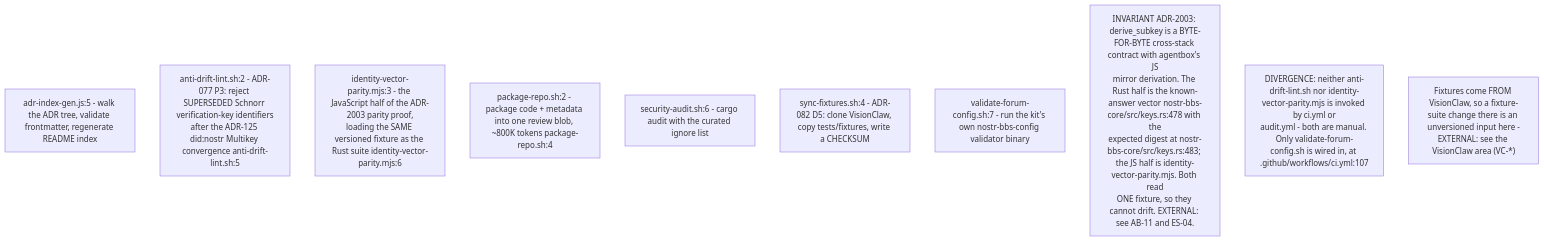
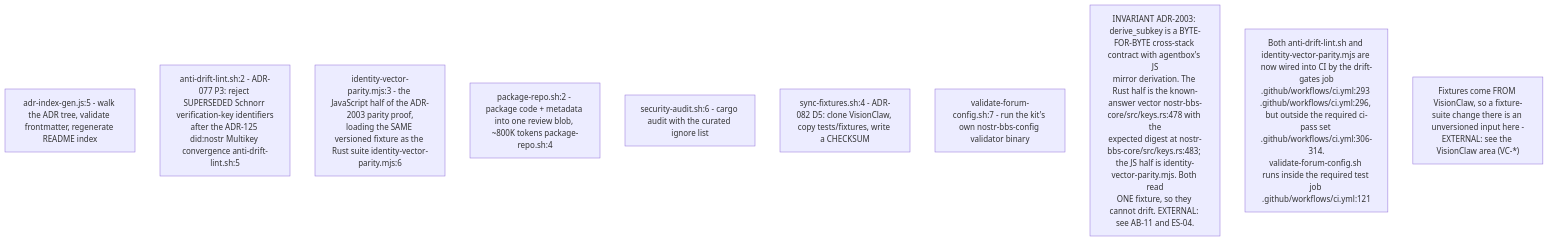
Before and after one commit to DreamLab-AI/VisionFlow: the third of 9 diagrams in docs/diagrams/nostr-rust-forum/09-ci-deploy-canary-and-validation.md, drawn with Mermaid. The commit also changed other lines of this file and 160 other files, not shown here.

````diff
--- a/docs/diagrams/nostr-rust-forum/09-ci-deploy-canary-and-validation.md
+++ b/docs/diagrams/nostr-rust-forum/09-ci-deploy-canary-and-validation.md
@@ -87,14 +98,14 @@
 ```mermaid
 flowchart TB
     ADR["adr-index-gen.js:5 - walk the ADR tree, validate frontmatter, regenerate README index"]
     DRIFT["anti-drift-lint.sh:2 - ADR-077 P3: reject SUPERSEDED Schnorr verification-key identifiers<br/>after the ADR-125 did:nostr Multikey convergence anti-drift-lint.sh:5"]
     PARITY["identity-vector-parity.mjs:3 - the JavaScript half of the ADR-2003 parity proof,<br/>loading the SAME versioned fixture as the Rust suite identity-vector-parity.mjs:6"]
     PKG["package-repo.sh:2 - package code + metadata into one review blob, ~800K tokens package-repo.sh:4"]
     SEC["security-audit.sh:6 - cargo audit with the curated ignore list"]
     SYNC["sync-fixtures.sh:4 - ADR-082 D5: clone VisionClaw, copy tests/fixtures, write a CHECKSUM"]
     VAL["validate-forum-config.sh:7 - run the kit's own nostr-bbs-config validator binary"]
 
     N1["INVARIANT ADR-2003: derive_subkey is a BYTE-FOR-BYTE cross-stack contract with agentbox's JS<br/>mirror derivation. The Rust half is the known-answer vector nostr-bbs-core/src/keys.rs:478 with the<br/>expected digest at nostr-bbs-core/src/keys.rs:483; the JS half is identity-vector-parity.mjs. Both read<br/>ONE fixture, so they cannot drift. EXTERNAL: see AB-11 and ES-04."]
-    N2["DIVERGENCE: neither anti-drift-lint.sh nor identity-vector-parity.mjs is invoked by ci.yml or<br/>audit.yml - both are manual. Only validate-forum-config.sh is wired in, at .github/workflows/ci.yml:107"]
+    N2["Both anti-drift-lint.sh and identity-vector-parity.mjs are now wired into CI by the drift-gates job<br/>.github/workflows/ci.yml:293 .github/workflows/ci.yml:296, but outside the required ci-pass set .github/workflows/ci.yml:306-314.<br/>validate-forum-config.sh runs inside the required test job .github/workflows/ci.yml:121"]
     N3["Fixtures come FROM VisionClaw, so a fixture-suite change there is an unversioned input here -<br/>EXTERNAL: see the VisionClaw area (VC-*)"]
 ```
````
